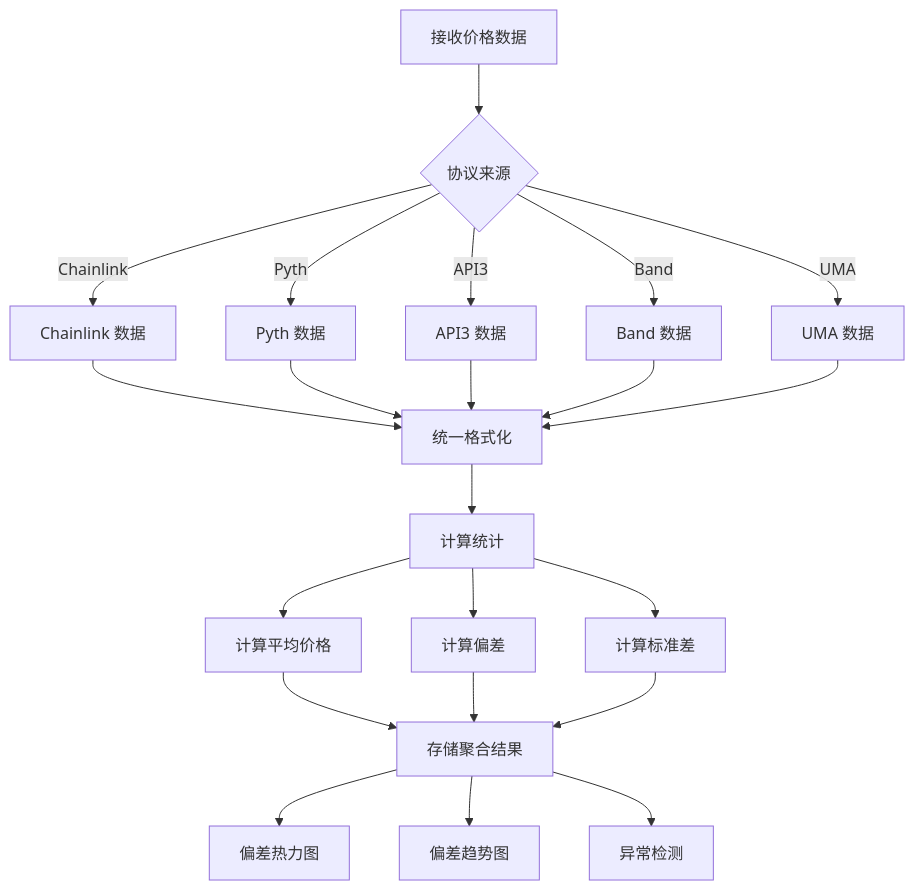
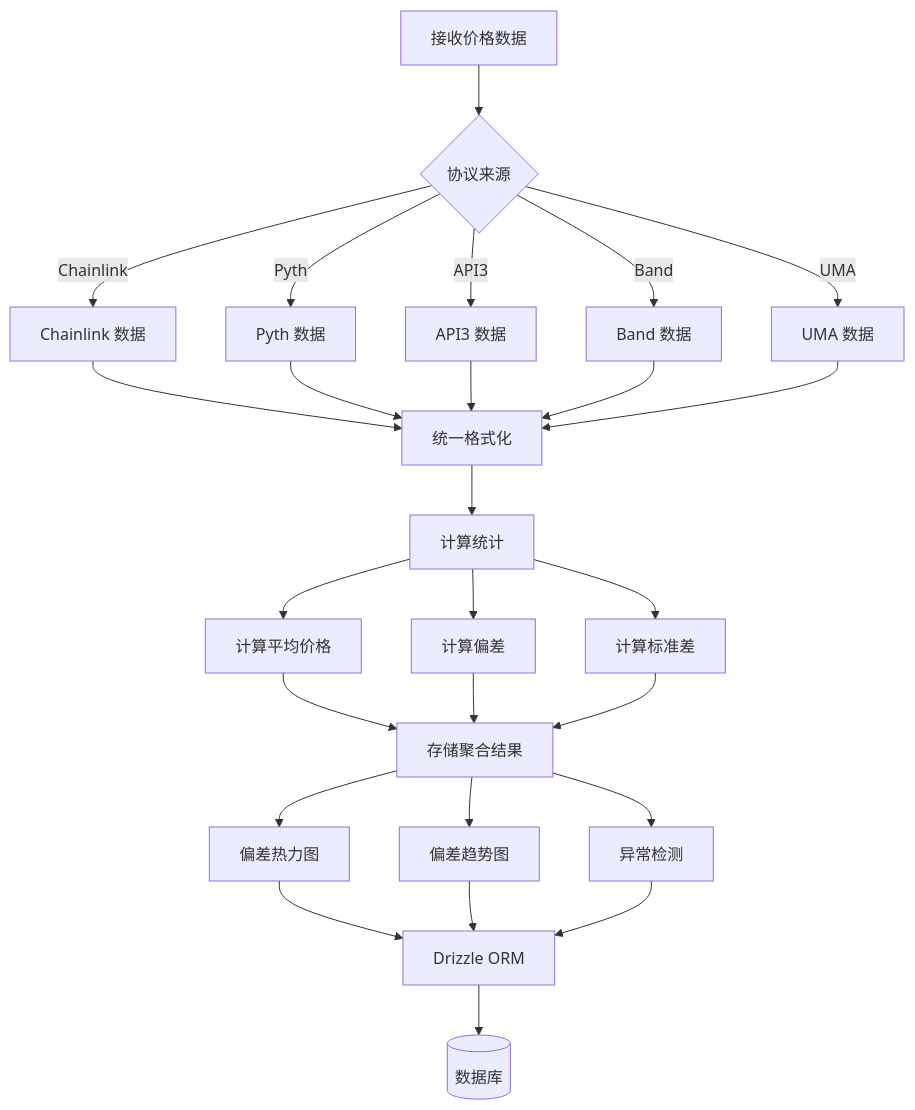
Before and after one commit to imokokok/Insight-beta: the second of 5 diagrams in docs/architecture/data-flow.md, drawn with Mermaid. The commit also changed other lines of this file and 14 other files, not shown here.

````diff
--- a/docs/architecture/data-flow.md
+++ b/docs/architecture/data-flow.md
@@ -100,29 +100,35 @@
 ```mermaid
 flowchart TD
     A[接收价格数据] --> B{协议来源}
     B -->|Chainlink| C1[Chainlink 数据]
     B -->|Pyth| C2[Pyth 数据]
     B -->|API3| C3[API3 数据]
     B -->|Band| C4[Band 数据]
     B -->|UMA| C5[UMA 数据]
 
     C1 --> D[统一格式化]
     C2 --> D
     C3 --> D
     C4 --> D
     C5 --> D
 
     D --> E[计算统计]
 
     E --> F1[计算平均价格]
     E --> F2[计算偏差]
     E --> F3[计算标准差]
 
     F1 --> G[存储聚合结果]
     F2 --> G
     F3 --> G
 
     G --> H[偏差热力图]
     G --> I[偏差趋势图]
     G --> J[异常检测]
+
+    H --> Drizzle[Drizzle ORM]
+    I --> Drizzle
+    J --> Drizzle
+
+    Drizzle --> DB[(数据库)]
 ```
````
